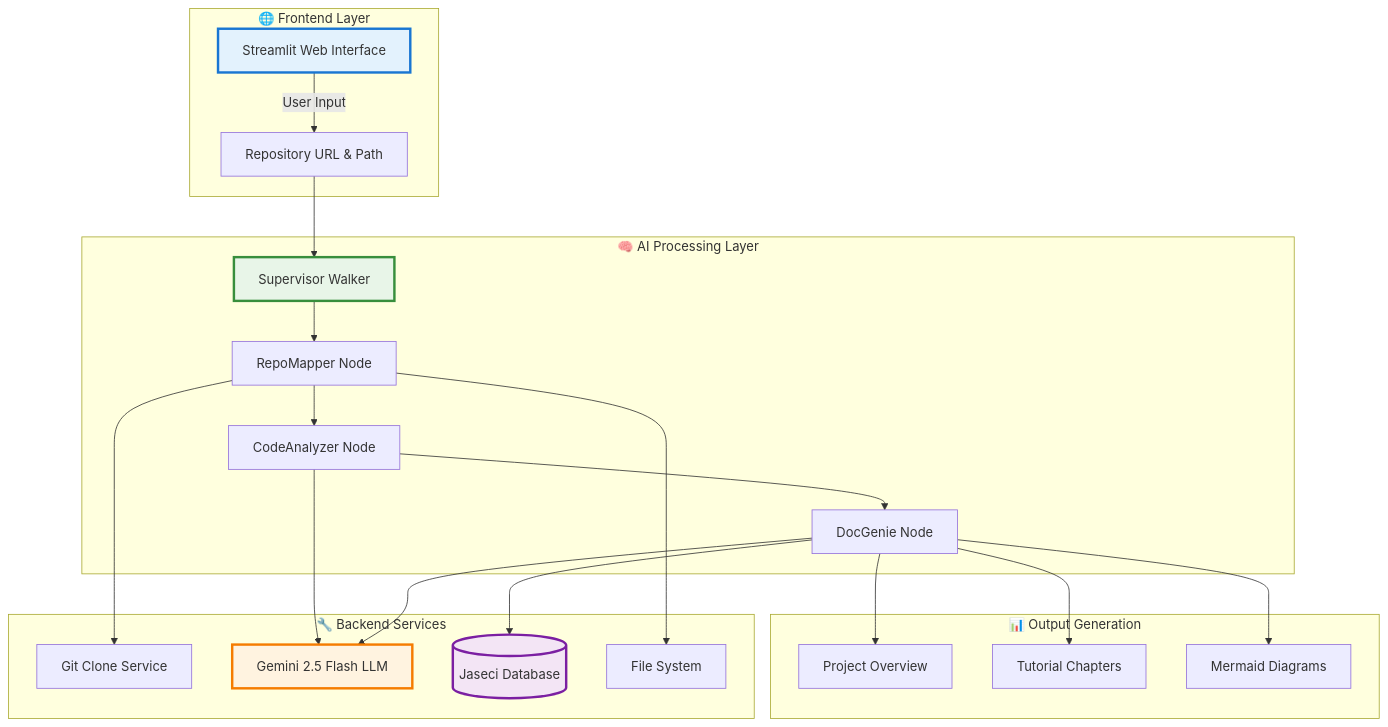
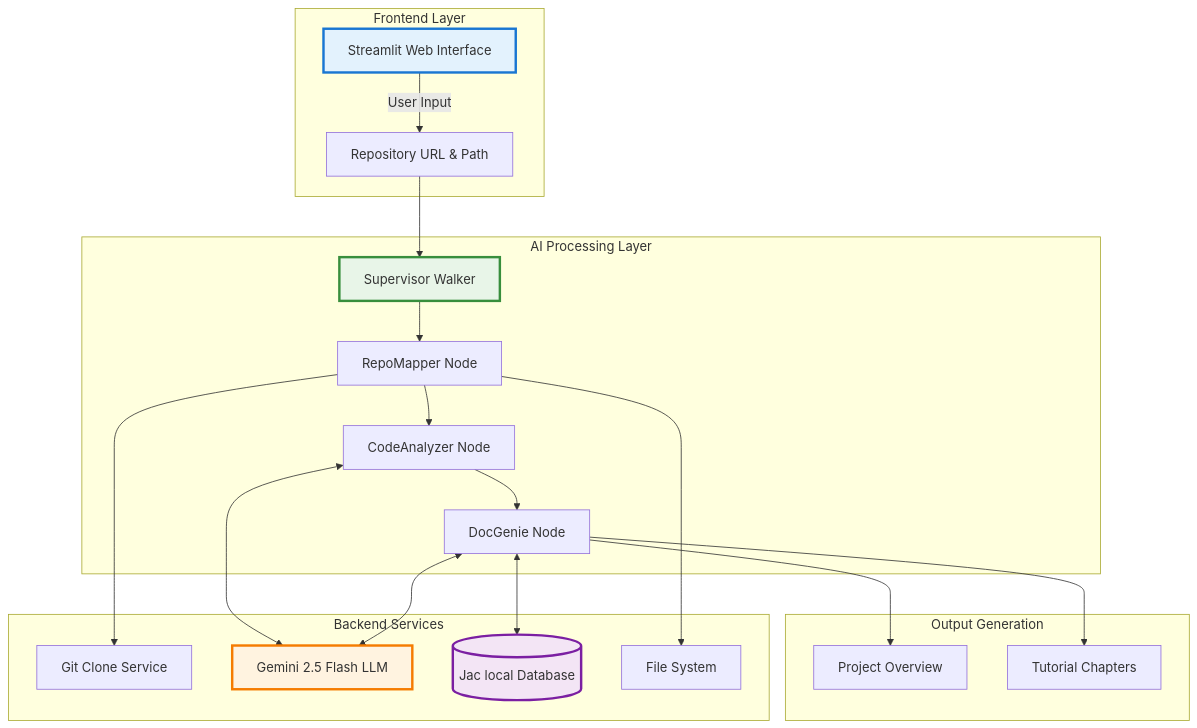
One commit to SahanUday/Codebase-Genius changed the diagram in README.md. Above: the diagram before and after it, drawn with Mermaid. The commit also changed other lines of this file, not shown here.

````diff
--- a/README.md
+++ b/README.md
@@ -25,47 +27,45 @@
 ```mermaid
 graph TB
-    subgraph "🌐 Frontend Layer"
+    subgraph "Frontend Layer"
         UI[Streamlit Web Interface]
         UI --> |User Input| INPUT[Repository URL & Path]
     end
     
-    subgraph "🧠 AI Processing Layer"
+    subgraph "AI Processing Layer"
         SUPERVISOR[Supervisor Walker]
         REPO[RepoMapper Node]
         CODE[CodeAnalyzer Node] 
         DOC[DocGenie Node]
         
         SUPERVISOR --> REPO
         REPO --> CODE
         CODE --> DOC
     end
     
-    subgraph "🔧 Backend Services"
+    subgraph "Backend Services"
         GIT[Git Clone Service]
         LLM[Gemini 2.5 Flash LLM]
-        DB[(Jaseci Database)]
+        DB[(Jac local Database)]
         FILE[File System]
     end
     
-    subgraph "📊 Output Generation"
+    subgraph "Output Generation"
         OVERVIEW[Project Overview]
         CHAPTERS[Tutorial Chapters]
-        DIAGRAMS[Mermaid Diagrams]
     end
     
     INPUT --> SUPERVISOR
     REPO --> GIT
     REPO --> FILE
-    CODE --> LLM
-    DOC --> LLM
-    DOC --> DB
+    CODE <--> LLM
+    DOC <--> LLM
+    DOC <--> DB
     
     DOC --> OVERVIEW
     DOC --> CHAPTERS
-    DOC --> DIAGRAMS
     
     style UI fill:#E3F2FD,stroke:#1976D2,stroke-width:3px
     style SUPERVISOR fill:#E8F5E8,stroke:#388E3C,stroke-width:3px
     style LLM fill:#FFF3E0,stroke:#F57C00,stroke-width:3px
     style DB fill:#F3E5F5,stroke:#7B1FA2,stroke-width:3px
 ```
````
